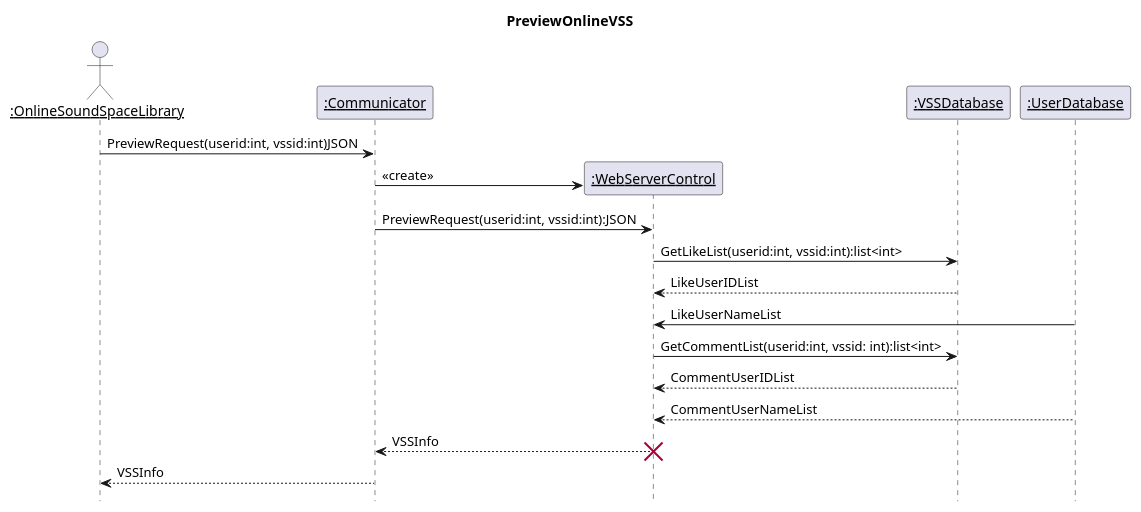
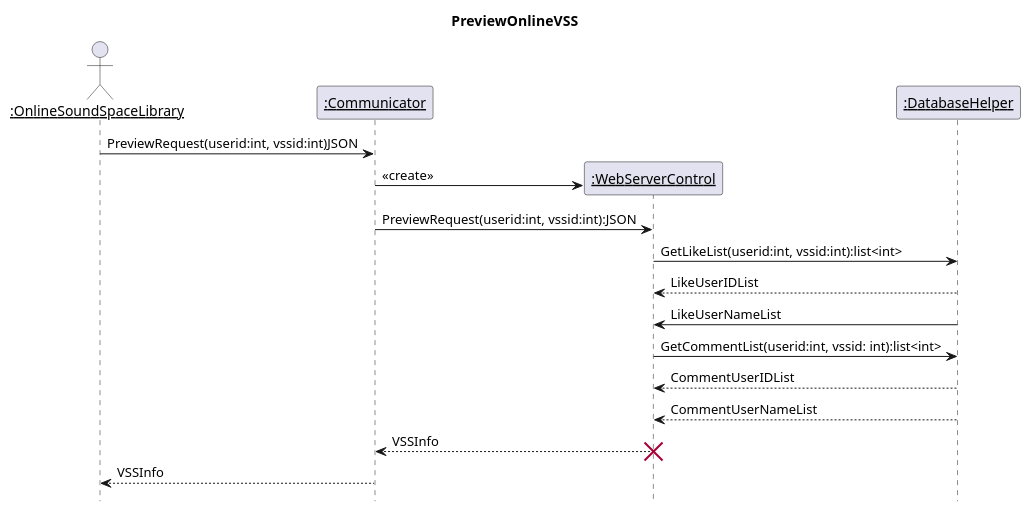
Before and after one commit to kpp19920121/doc: diagram 24 of 39 in 设计/顺序图.md, drawn with PlantUML. The commit also changed other lines of this file and 1 other file, not shown here.

Commit message:
改进顺序图与类图一致

````diff
--- a/设计/顺序图.md
+++ b/设计/顺序图.md
@@ -788,25 +783,25 @@
 ```PlantUML
 @startuml Diagrams/PreviewVSSServerSequenceDiagram
 title PreviewOnlineVSS
 hide footbox
 skinparam sequenceParticipant underline
 actor ":OnlineSoundSpaceLibrary" as Client
 participant ":Communicator" as Communicator
 participant ":WebServerControl" as WebServer
-participant ":VSSDatabase" as vd
-participant ":UserDatabase" as ud
+participant ":DatabaseHelper" as vd
+
 Client->Communicator:PreviewRequest(userid:int, vssid:int)JSON
 create WebServer
 Communicator->WebServer:<<create>>
 Communicator->WebServer:PreviewRequest(userid:int, vssid:int):JSON
 WebServer->vd:GetLikeList(userid:int, vssid:int):list<int>
 vd-->WebServer:LikeUserIDList
-ud->WebServer:LikeUserNameList
+vd->WebServer:LikeUserNameList
 WebServer->vd:GetCommentList(userid:int, vssid: int):list<int>
 vd-->WebServer:CommentUserIDList
-ud-->WebServer:CommentUserNameList
+vd-->WebServer:CommentUserNameList
 WebServer-->Communicator:VSSInfo
 destroy WebServer
 Communicator-->Client:VSSInfo
 @enduml
 ```
````
